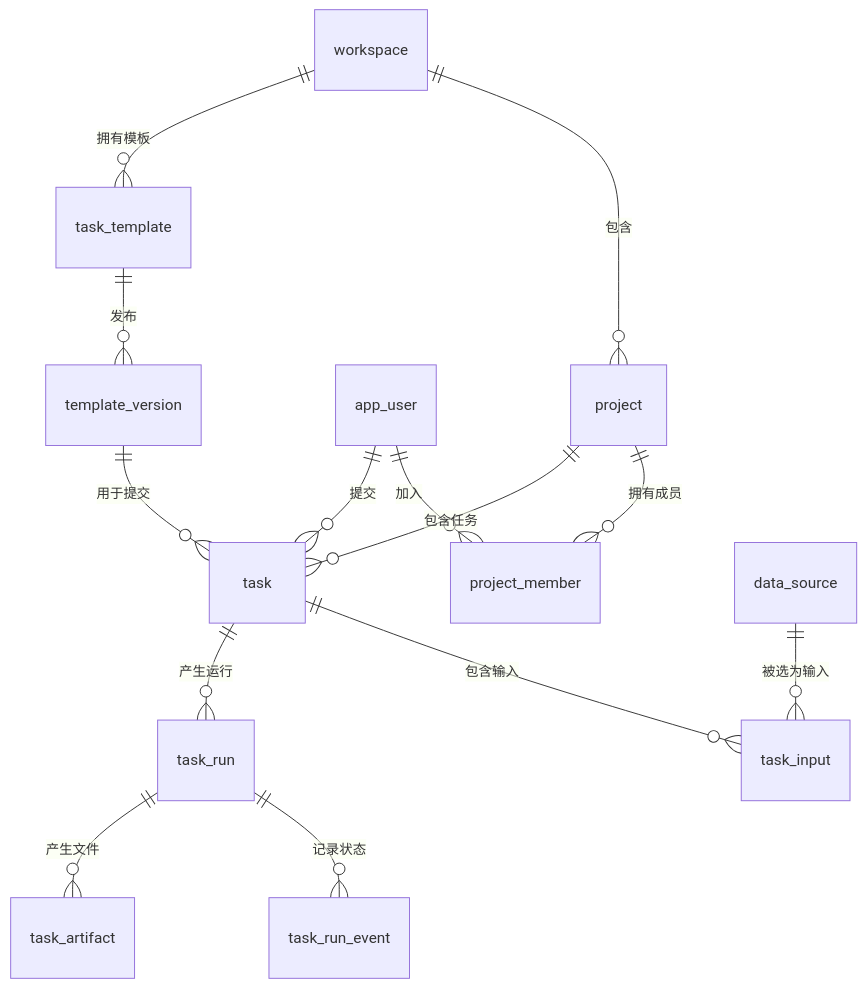
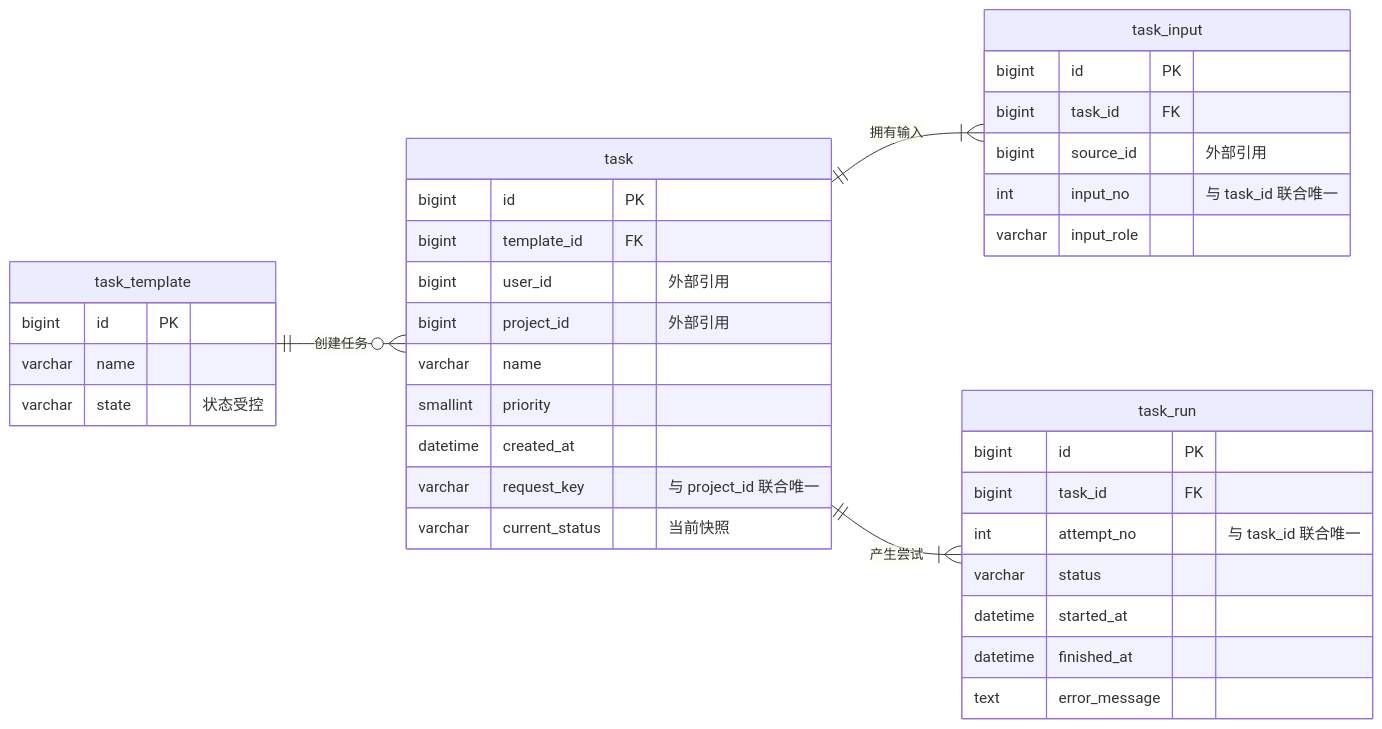
The diagram in presentations/database-design/diagrams/er-overview.mmd (wudixzy114/HPE), drawn with Mermaid before and after one commit. The commit also changed 36 other files, not shown here.

```diff
--- a/presentations/database-design/diagrams/er-overview.mmd
+++ b/presentations/database-design/diagrams/er-overview.mmd
@@ -1,14 +1,39 @@
 erDiagram
-    workspace ||--o{ project : "包含"
-    project ||--o{ project_member : "拥有成员"
-    app_user ||--o{ project_member : "加入"
-    workspace ||--o{ task_template : "拥有模板"
-    task_template ||--o{ template_version : "发布"
-    project ||--o{ task : "包含任务"
-    template_version ||--o{ task : "用于提交"
-    app_user ||--o{ task : "提交"
-    task ||--o{ task_input : "包含输入"
-    data_source ||--o{ task_input : "被选为输入"
-    task ||--o{ task_run : "产生运行"
-    task_run ||--o{ task_run_event : "记录状态"
-    task_run ||--o{ task_artifact : "产生文件"
+    direction LR
+
+    task_template ||--o{ task : "创建任务"
+    task ||--|{ task_input : "拥有输入"
+    task ||--|{ task_run : "产生尝试"
+
+    task_template {
+        bigint id PK
+        varchar name
+        varchar state "状态受控"
+    }
+    task {
+        bigint id PK
+        bigint template_id FK
+        bigint user_id "外部引用"
+        bigint project_id "外部引用"
+        varchar name
+        smallint priority
+        datetime created_at
+        varchar request_key "与 project_id 联合唯一"
+        varchar current_status "当前快照"
+    }
+    task_input {
+        bigint id PK
+        bigint task_id FK
+        bigint source_id "外部引用"
+        int input_no "与 task_id 联合唯一"
+        varchar input_role
+    }
+    task_run {
+        bigint id PK
+        bigint task_id FK
+        int attempt_no "与 task_id 联合唯一"
+        varchar status
+        datetime started_at
+        datetime finished_at
+        text error_message
+    }
```
